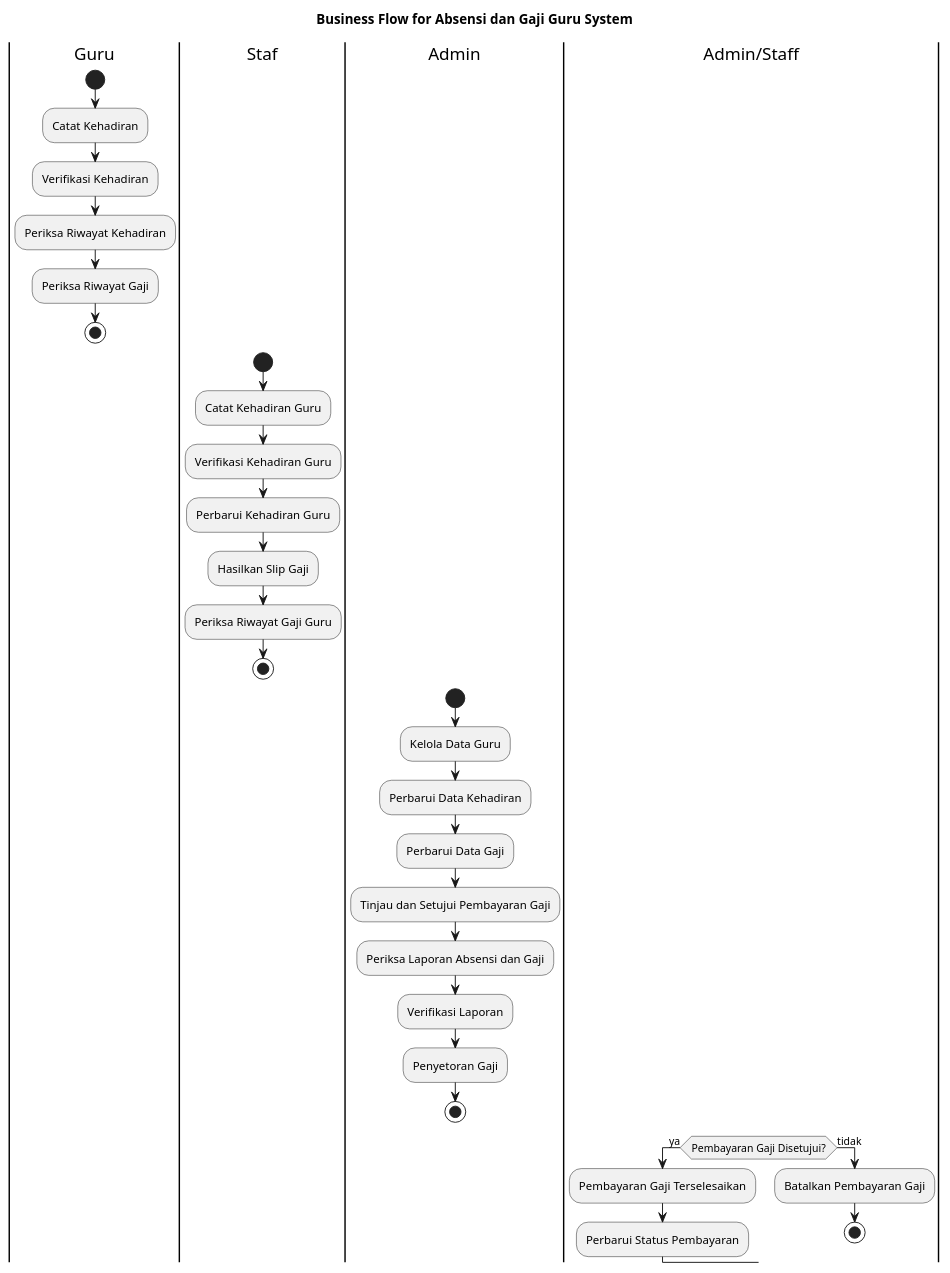
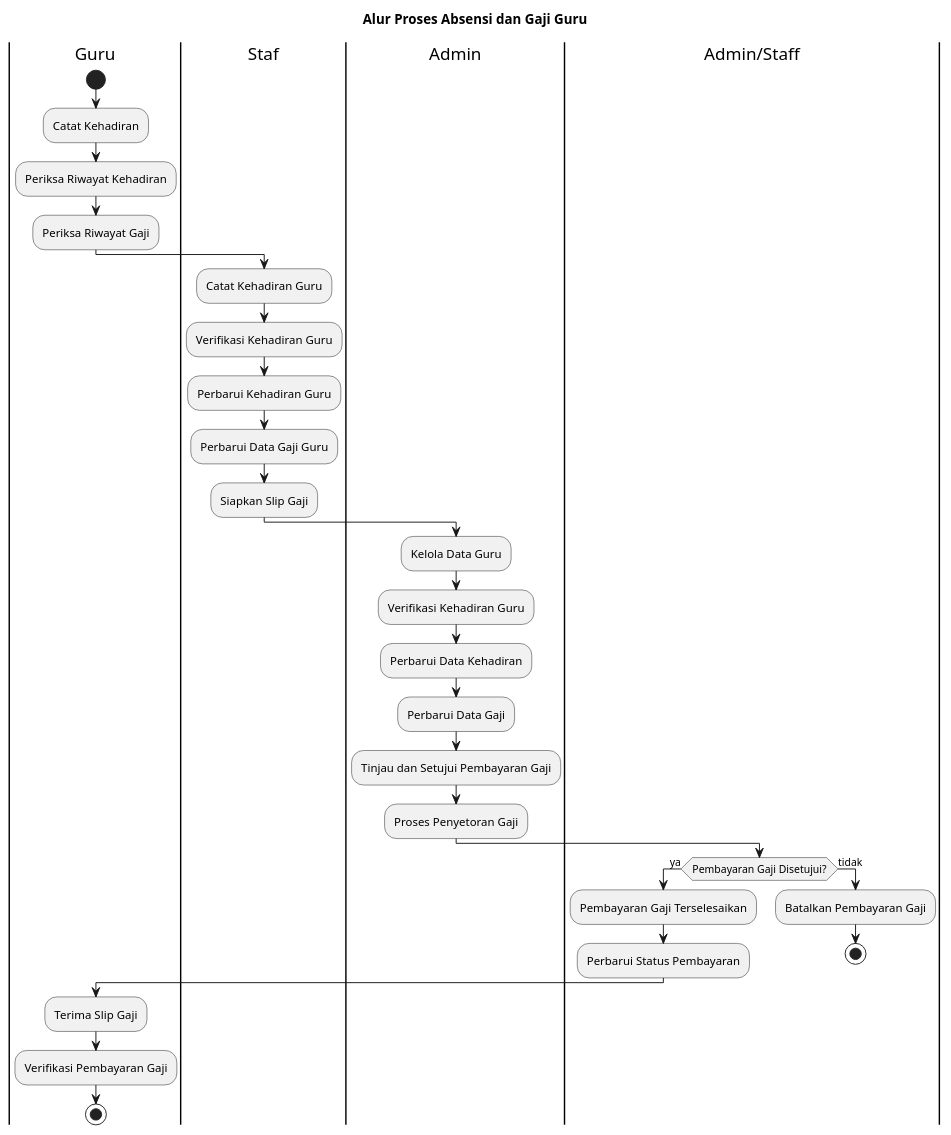
The diagram in UTS/flowchart/data_guru.puml (Arifinsulistiono/daa), drawn with PlantUML before and after one commit. The commit also changed 1 other file, not shown here.

```diff
--- a/UTS/flowchart/data_guru.puml
+++ b/UTS/flowchart/data_guru.puml
@@ -1,41 +1,38 @@
 @startuml Flow_AbsensiGajiGuru
-title Business Flow for Absensi dan Gaji Guru System
+title Alur Proses Absensi dan Gaji Guru
 
 |Guru|
 start
 :Catat Kehadiran;
-:Verifikasi Kehadiran;
 :Periksa Riwayat Kehadiran;
 :Periksa Riwayat Gaji;
-stop
 
 |Staf|
-start
 :Catat Kehadiran Guru;
 :Verifikasi Kehadiran Guru;
 :Perbarui Kehadiran Guru;
-:Hasilkan Slip Gaji;
-:Periksa Riwayat Gaji Guru;
-stop
+:Perbarui Data Gaji Guru;
+:Siapkan Slip Gaji;
 
 |Admin|
-start
 :Kelola Data Guru;
+:Verifikasi Kehadiran Guru;
 :Perbarui Data Kehadiran;
 :Perbarui Data Gaji;
 :Tinjau dan Setujui Pembayaran Gaji;
-:Periksa Laporan Absensi dan Gaji;
-:Verifikasi Laporan;
-:Penyetoran Gaji;
-stop
+:Proses Penyetoran Gaji;
 
 |Admin/Staff|
 if (Pembayaran Gaji Disetujui?) then (ya)
     :Pembayaran Gaji Terselesaikan;
     :Perbarui Status Pembayaran;
 else (tidak)
     :Batalkan Pembayaran Gaji;
     stop
 endif
 
+|Guru|
+:Terima Slip Gaji;
+:Verifikasi Pembayaran Gaji;
+stop
 @enduml
```
